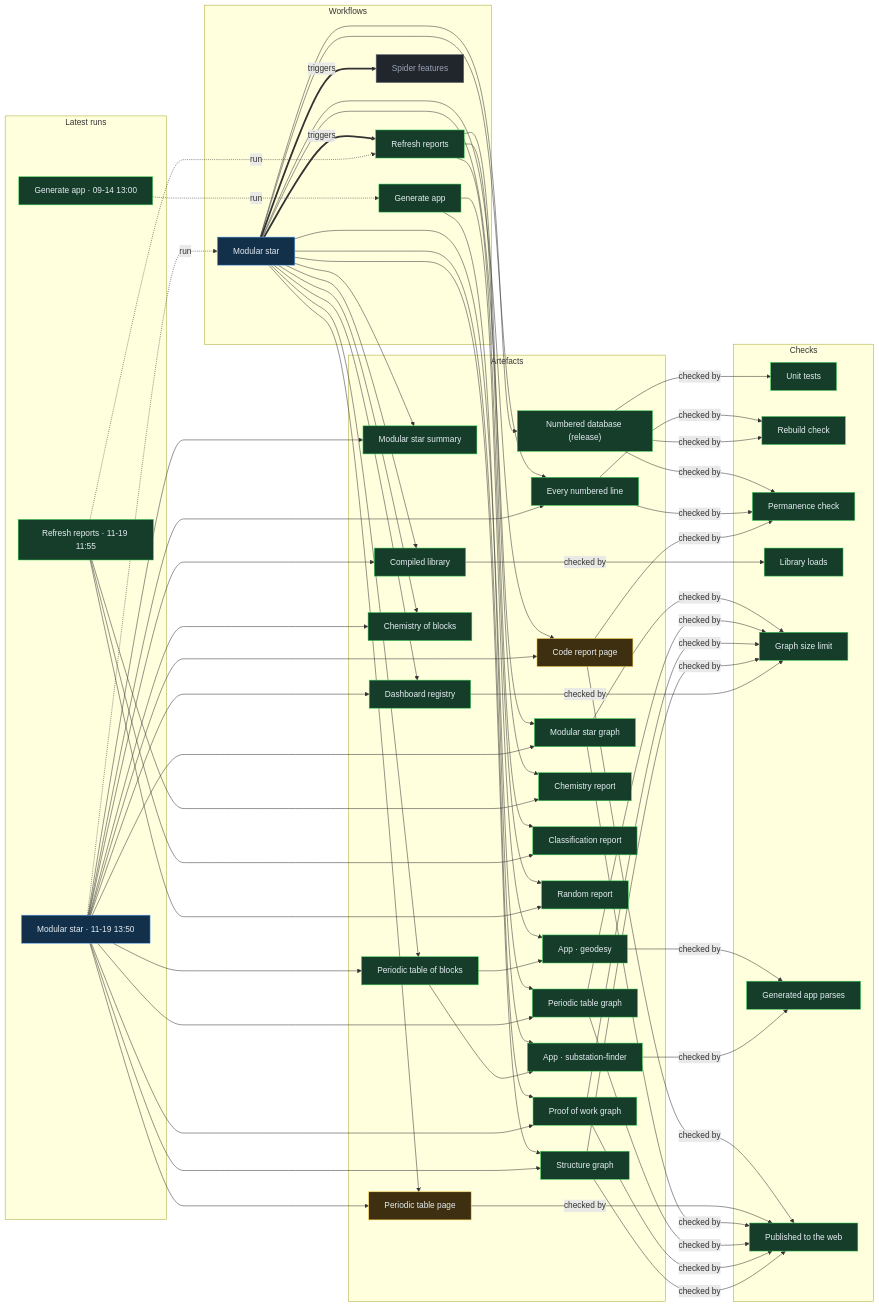
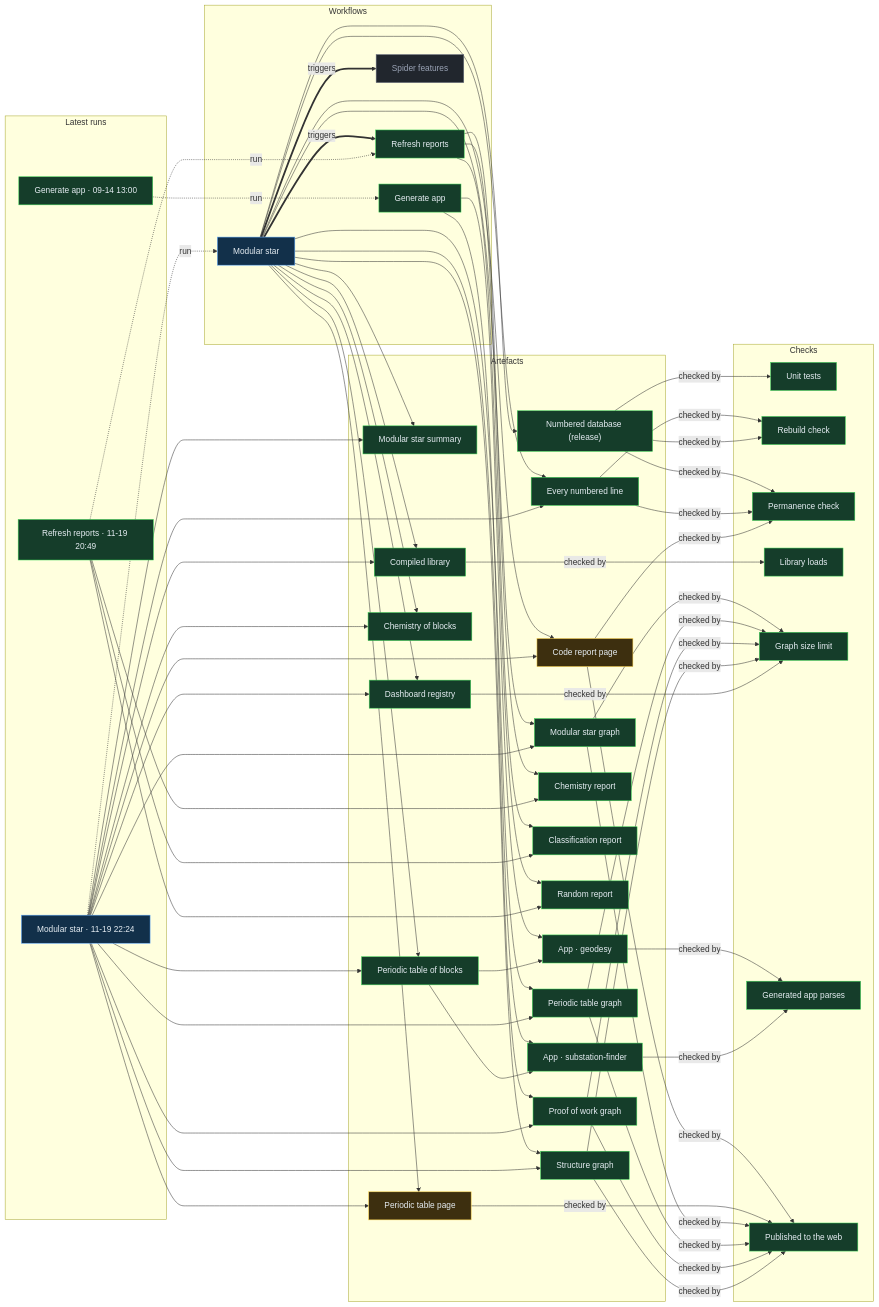
One commit to Ventusltd/stars changed the diagram in proof/PROOF.md. Above: the diagram before and after it, drawn with Mermaid. The commit also changed other lines of this file and 165 other files, not shown here.

Commit message:
Modular star 2026-11-19T22:27Z

```diff
--- a/proof/PROOF.md
+++ b/proof/PROOF.md
@@ -24,8 +24,8 @@
   n_wf_spider_features["Spider features"]:::off
   end
   subgraph g_runs["Latest runs"]
-  n_run_44537522228["Modular star · 11-19 13:50"]:::live
-  n_run_44519082095["Refresh reports · 11-19 11:55"]:::ok
+  n_run_44628332543["Modular star · 11-19 22:24"]:::live
+  n_run_44612642070["Refresh reports · 11-19 20:49"]:::ok
   n_run_34846587798["Generate app · 09-14 13:00"]:::ok
   end
   subgraph g_artefacts["Artefacts"]
@@ -59,39 +59,39 @@
   end
   n_wf_modular_star == triggers ==> n_wf_refresh
   n_wf_modular_star == triggers ==> n_wf_spider_features
-  n_run_44537522228 -. run .-> n_wf_modular_star
-  n_run_44519082095 -. run .-> n_wf_refresh
+  n_run_44628332543 -. run .-> n_wf_modular_star
+  n_run_44612642070 -. run .-> n_wf_refresh
   n_run_34846587798 -. run .-> n_wf_generate
   n_wf_modular_star --> n_art_summary
-  n_run_44537522228 --> n_art_summary
+  n_run_44628332543 --> n_art_summary
   n_wf_modular_star --> n_art_lines
-  n_run_44537522228 --> n_art_lines
+  n_run_44628332543 --> n_art_lines
   n_wf_modular_star --> n_art_code
-  n_run_44537522228 --> n_art_code
+  n_run_44628332543 --> n_art_code
   n_wf_modular_star --> n_art_modular_graph
-  n_run_44537522228 --> n_art_modular_graph
+  n_run_44628332543 --> n_art_modular_graph
   n_wf_modular_star --> n_art_blocks
-  n_run_44537522228 --> n_art_blocks
+  n_run_44628332543 --> n_art_blocks
   n_wf_modular_star --> n_art_table
-  n_run_44537522228 --> n_art_table
+  n_run_44628332543 --> n_art_table
   n_wf_modular_star --> n_art_blocks_graph
-  n_run_44537522228 --> n_art_blocks_graph
+  n_run_44628332543 --> n_art_blocks_graph
   n_wf_modular_star --> n_art_reactions
-  n_run_44537522228 --> n_art_reactions
+  n_run_44628332543 --> n_art_reactions
   n_wf_modular_star --> n_art_library
-  n_run_44537522228 --> n_art_library
+  n_run_44628332543 --> n_art_library
   n_wf_modular_star --> n_art_features
-  n_run_44537522228 --> n_art_features
+  n_run_44628332543 --> n_art_features
   n_wf_modular_star --> n_art_proof
-  n_run_44537522228 --> n_art_proof
+  n_run_44628332543 --> n_art_proof
   n_wf_modular_star --> n_art_structure
-  n_run_44537522228 --> n_art_structure
+  n_run_44628332543 --> n_art_structure
   n_wf_refresh --> n_art_chemistry
-  n_run_44519082095 --> n_art_chemistry
+  n_run_44612642070 --> n_art_chemistry
   n_wf_refresh --> n_art_vedic
-  n_run_44519082095 --> n_art_vedic
+  n_run_44612642070 --> n_art_vedic
   n_wf_refresh --> n_art_random
-  n_run_44519082095 --> n_art_random
+  n_run_44612642070 --> n_art_random
   n_wf_modular_star --> n_art_release
   n_wf_generate --> n_app_geodesy
   n_art_blocks --> n_app_geodesy
```
